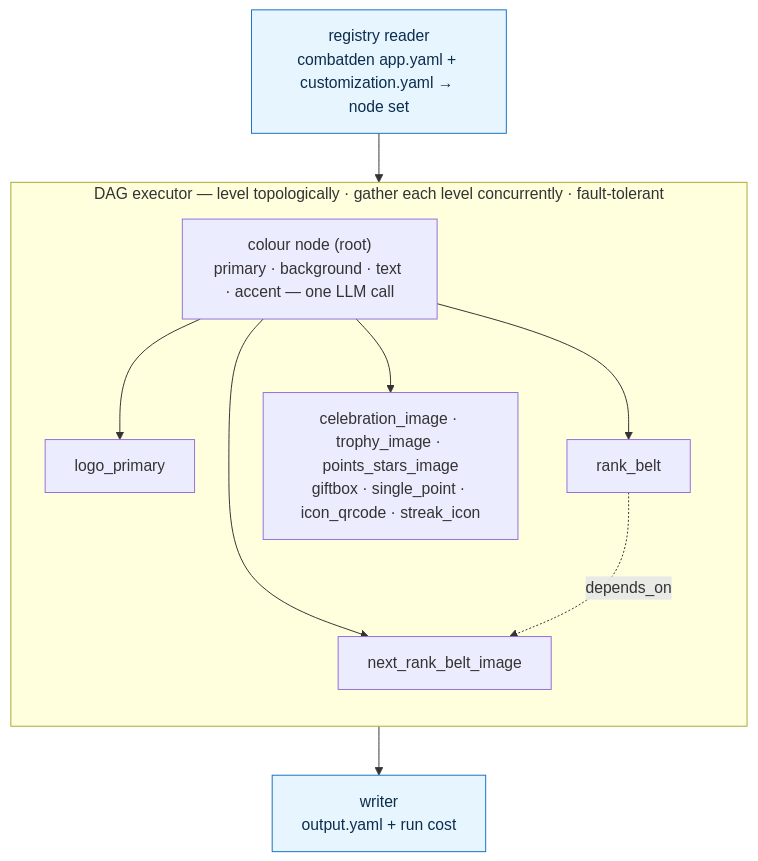
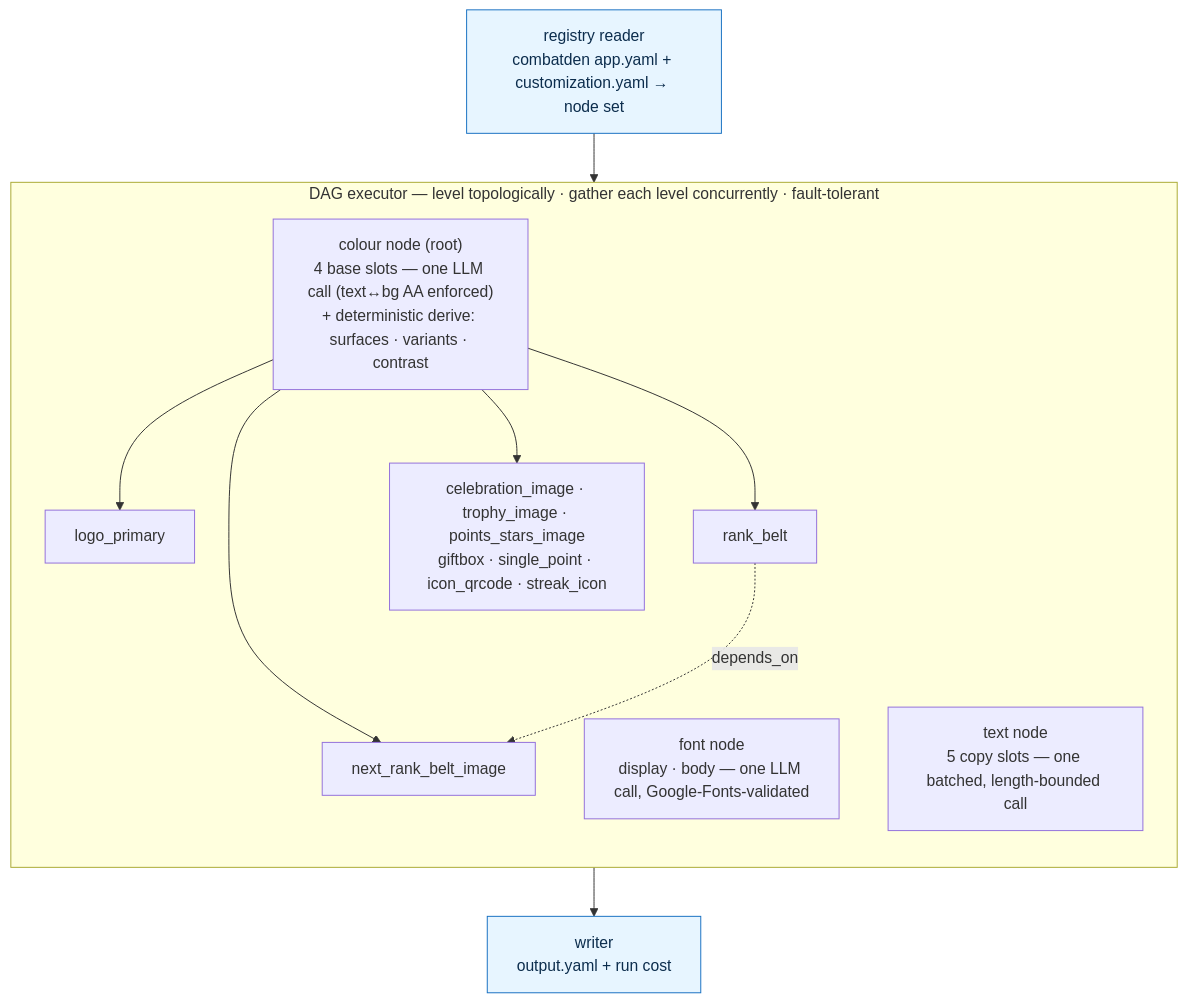
The first of 2 diagrams in CustomizationService/README.md (jesse51002/CombatDen), drawn with Mermaid before and after one commit. The commit also changed other lines of this file and 159 other files, not shown here.

````diff
--- a/CustomizationService/README.md
+++ b/CustomizationService/README.md
@@ -31,25 +40,27 @@
 ```mermaid
 flowchart TD
   Reg["registry reader<br/>combatden app.yaml + customization.yaml → node set"]
 
   subgraph sgExec["DAG executor — level topologically · gather each level concurrently · fault-tolerant"]
     direction TB
-    Color["colour node (root)<br/>primary · background · text · accent — one LLM call"]
+    Color["colour node (root)<br/>4 base slots — one LLM call (text↔bg AA enforced)<br/>+ deterministic derive: surfaces · variants · contrast"]
+    Font["font node<br/>display · body — one LLM call, Google-Fonts-validated"]
+    Text["text node<br/>5 copy slots — one batched, length-bounded call"]
     Logo["logo_primary"]
     RankBelt["rank_belt"]
     NextRank["next_rank_belt_image"]
     Rest["celebration_image · trophy_image · points_stars_image<br/>giftbox · single_point · icon_qrcode · streak_icon"]
     Color --> Logo
     Color --> RankBelt
     Color --> NextRank
     Color --> Rest
     RankBelt -. "depends_on" .-> NextRank
   end
 
   Writer["writer<br/>output.yaml + run cost"]
 
   Reg --> sgExec --> Writer
 
   classDef io fill:#e7f5ff,stroke:#1971c2,color:#0c2d4d
   class Reg,Writer io
 ```
````
